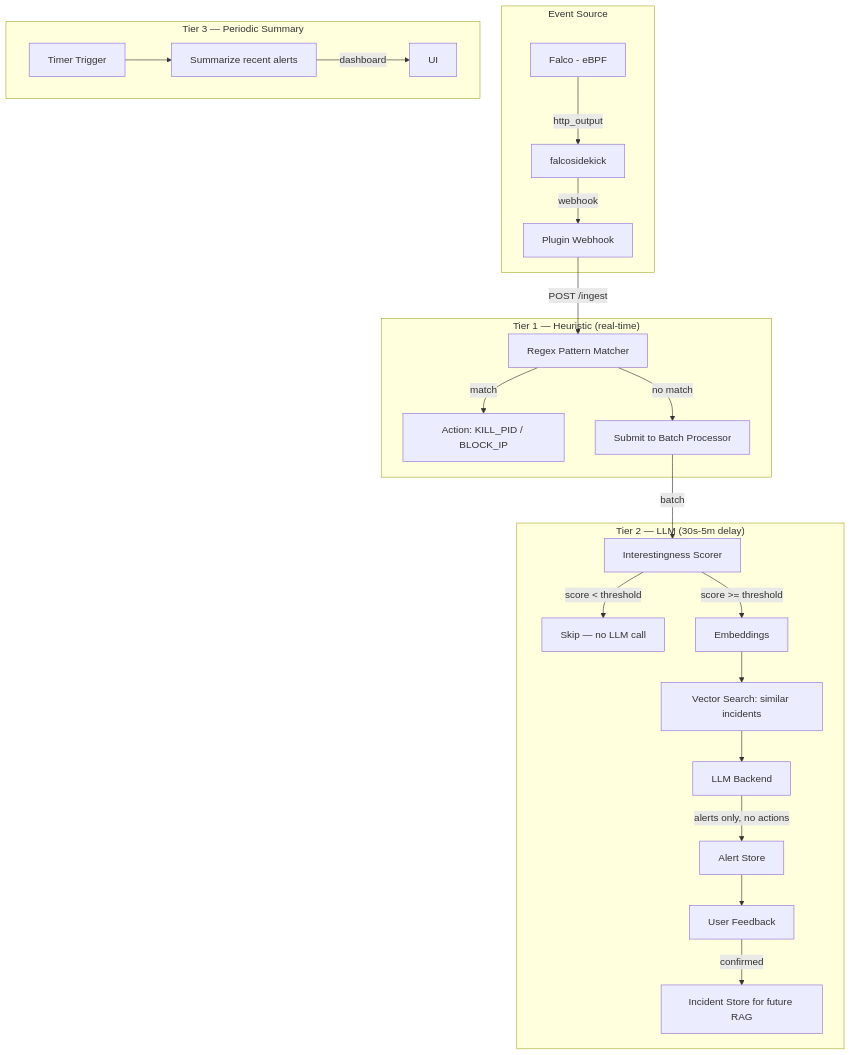
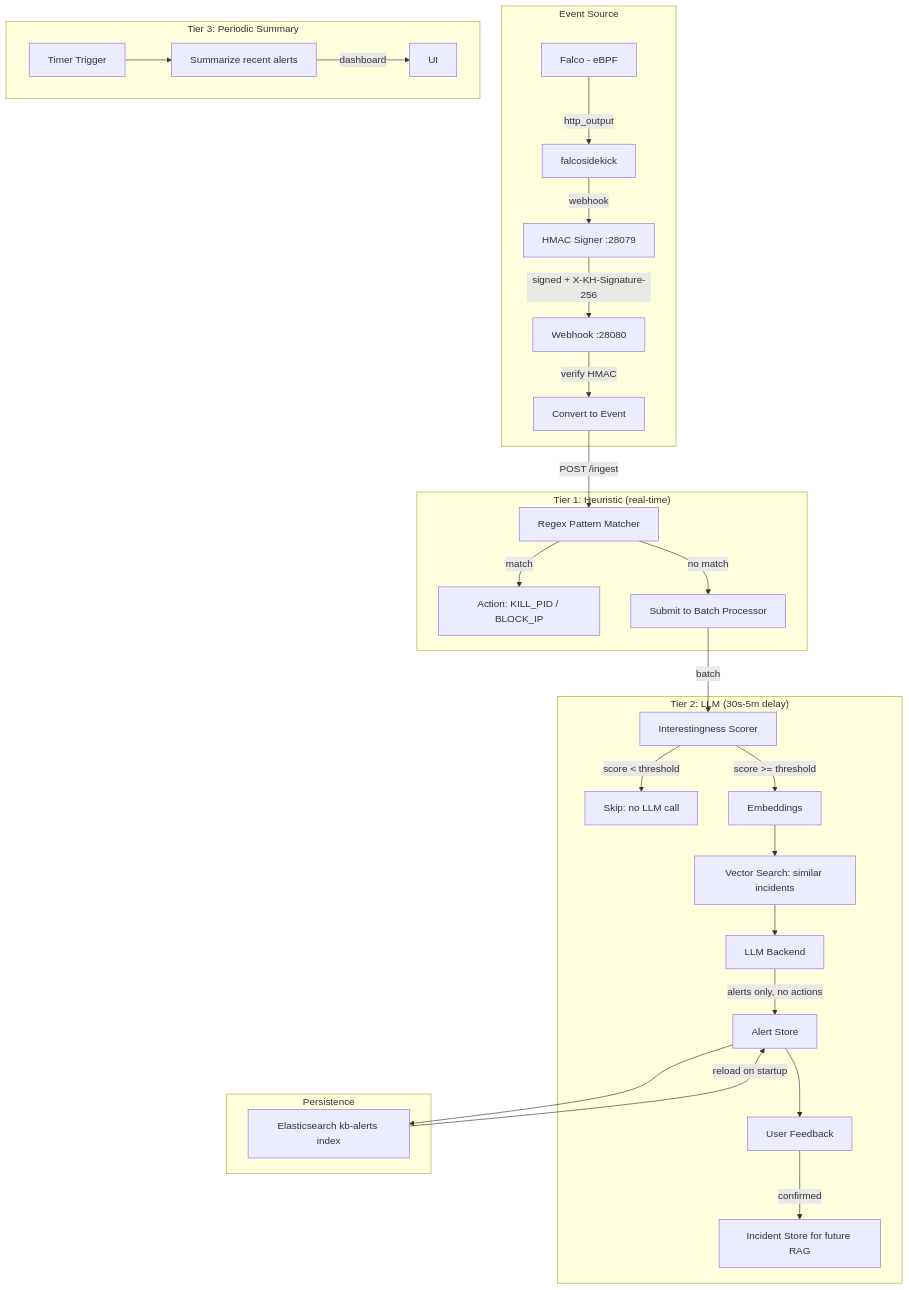
Before and after one commit to fr4nsyz/KernelHarbor: the first of 3 diagrams in README.md, drawn with Mermaid. The commit also changed other lines of this file and 1 other file, not shown here.

Commit message:
final readmes for both plugin and main

````diff
--- a/README.md
+++ b/README.md
@@ -18,29 +18,36 @@
 ```mermaid
 graph TB
     subgraph "Event Source"
         F1[Falco - eBPF] -->|http_output| FS[falcosidekick]
-        FS -->|webhook| PH[Plugin Webhook]
+        FS -->|webhook| SG[HMAC Signer :28079]
+        SG -->|signed + X-KH-Signature-256| WH[Webhook :28080]
+        WH -->|verify HMAC| CNV[Convert to Event]
     end
 
-    subgraph "Tier 1 — Heuristic (real-time)"
-        PH -->|POST /ingest| H1[Regex Pattern Matcher]
+    subgraph "Tier 1: Heuristic (real-time)"
+        CNV -->|POST /ingest| H1[Regex Pattern Matcher]
         H1 -->|match| H2[Action: KILL_PID / BLOCK_IP]
         H1 -->|no match| H3[Submit to Batch Processor]
     end
 
-    subgraph "Tier 2 — LLM (30s-5m delay)"
+    subgraph "Tier 2: LLM (30s-5m delay)"
         H3 -->|batch| IS[Interestingness Scorer]
-        IS -->|score < threshold| D1[Skip — no LLM call]
+        IS -->|score < threshold| D1[Skip: no LLM call]
         IS -->|score >= threshold| EM[Embeddings]
         EM --> VS[Vector Search: similar incidents]
         VS --> LLM[LLM Backend]
         LLM -->|alerts only, no actions| AL[Alert Store]
         AL --> FB[User Feedback]
         FB -->|confirmed| RAG[Incident Store for future RAG]
     end
 
-    subgraph "Tier 3 — Periodic Summary"
+    subgraph "Persistence"
+        AL --> ES[Elasticsearch kb-alerts index]
+        ES -->|reload on startup| AL
+    end
+
+    subgraph "Tier 3: Periodic Summary"
         TS[Timer Trigger] --> SUM[Summarize recent alerts]
         SUM -->|dashboard| UI
     end
 ```
````
